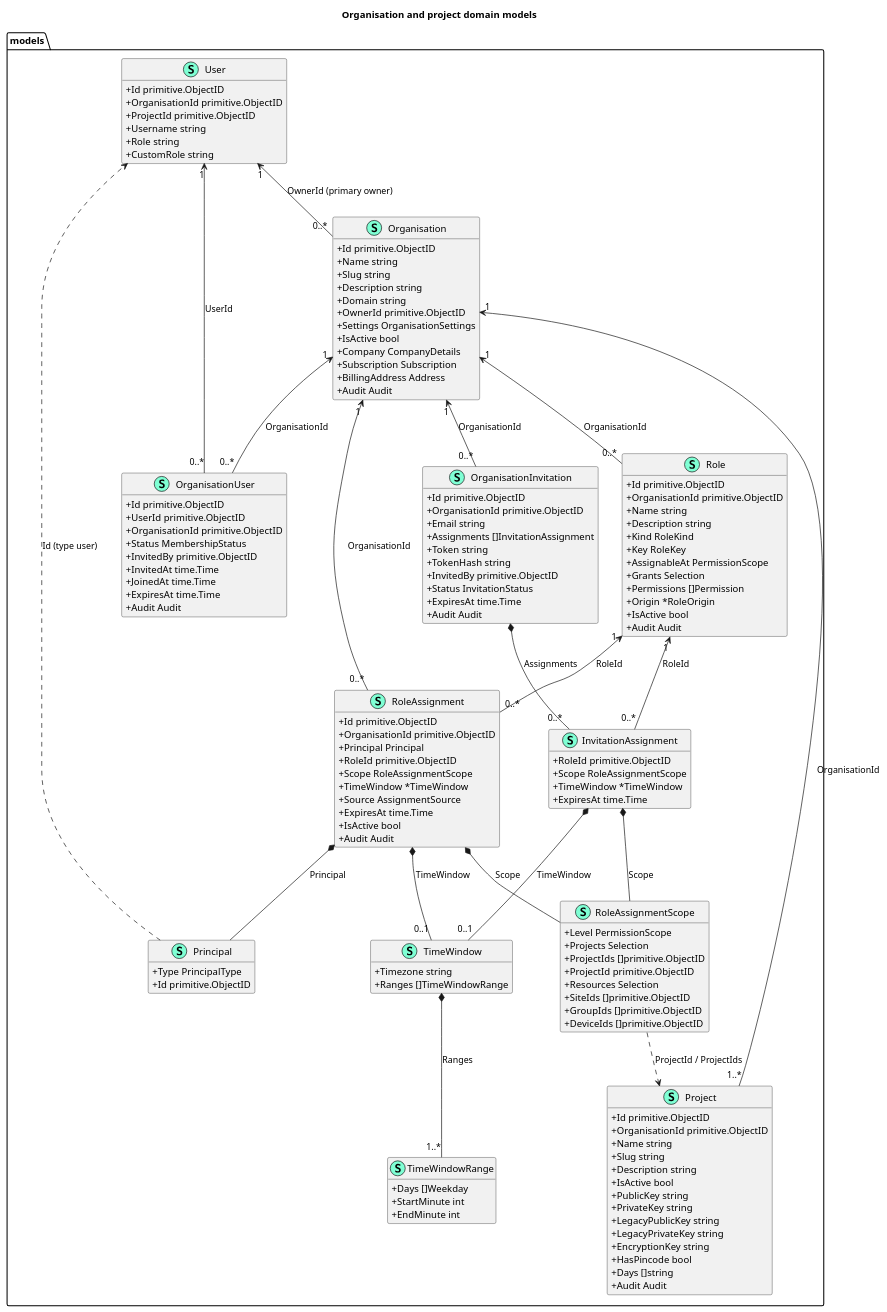
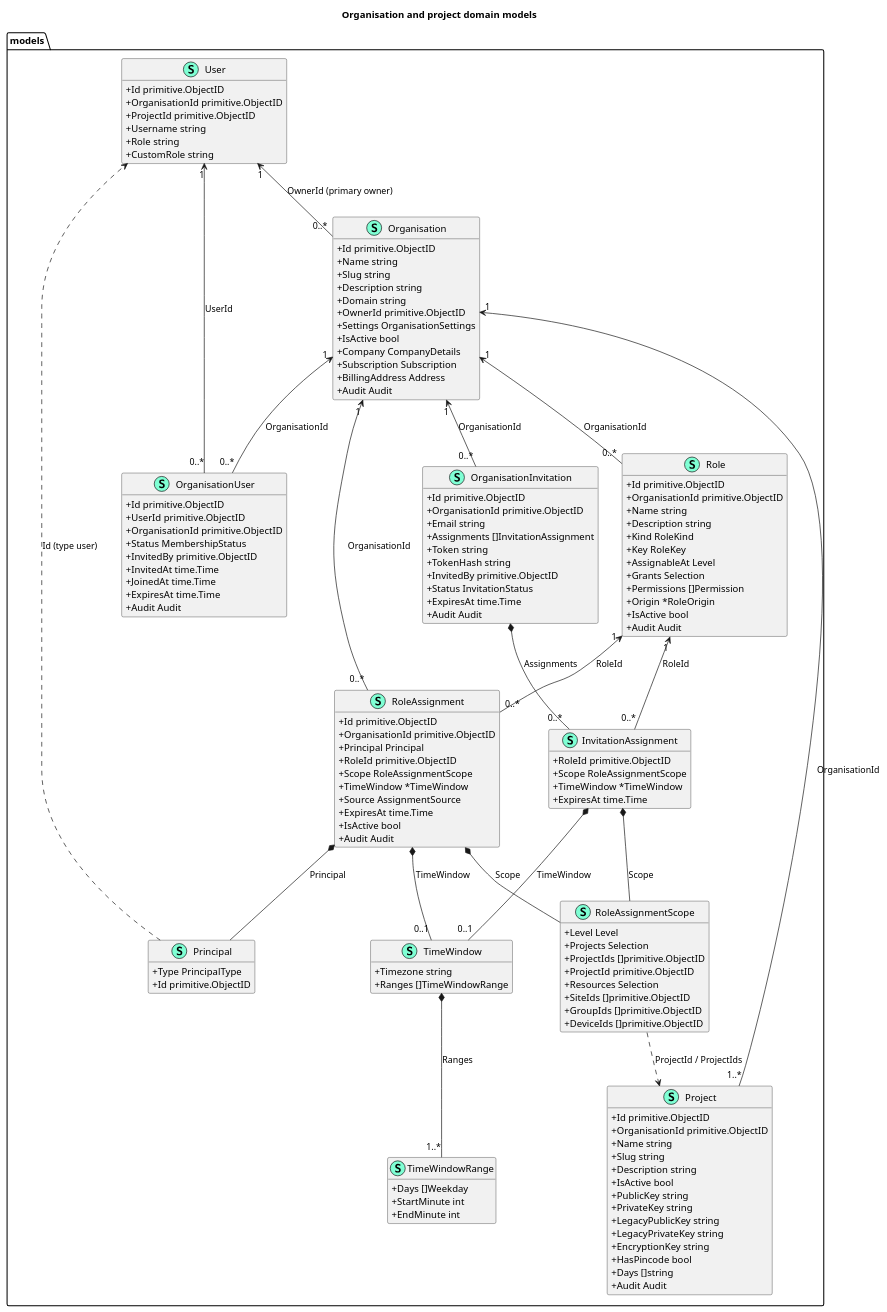
One commit to uug-ai/learn changed the diagram in app/content/docs/hub/organisations/organisation-project.puml. Above: the diagram before and after it, drawn with PlantUML. The commit also changed 1 other file, not shown here.

Commit message:
docs: rename PermissionScope to Level in the model diagram

```diff
--- a/app/content/docs/hub/organisations/organisation-project.puml
+++ b/app/content/docs/hub/organisations/organisation-project.puml
@@ -1,177 +1,177 @@
 @startuml
 title Organisation and project domain models
 top to bottom direction
 skinparam classAttributeIconSize 0
 skinparam shadowing false
 hide methods
 namespace models {
     class "User" << (S,Aquamarine) >> {
         + Id primitive.ObjectID
         + OrganisationId primitive.ObjectID
         + ProjectId primitive.ObjectID
         + Username string
         + Role string
         + CustomRole string
 
         + WithTimezone()
 
     }
     class "Organisation" << (S,Aquamarine) >> {
         + Id primitive.ObjectID
         + Name string
         + Slug string
         + Description string
         + Domain string
         + OwnerId primitive.ObjectID
         + Settings OrganisationSettings
         + IsActive bool
         + Company CompanyDetails
         + Subscription Subscription
         + BillingAddress Address
         + Audit Audit
 
         + IsPrimaryOwner(userId primitive.ObjectID) bool
 
     }
     class "Project" << (S,Aquamarine) >> {
         + Id primitive.ObjectID
         + OrganisationId primitive.ObjectID
         + Name string
         + Slug string
         + Description string
         + IsActive bool
         + PublicKey string
         + PrivateKey string
         + LegacyPublicKey string
         + LegacyPrivateKey string
         + EncryptionKey string
         + HasPincode bool
         + Days []string
         + Audit Audit
 
     }
     class "OrganisationUser" << (S,Aquamarine) >> {
         + Id primitive.ObjectID
         + UserId primitive.ObjectID
         + OrganisationId primitive.ObjectID
         + Status MembershipStatus
         + InvitedBy primitive.ObjectID
         + InvitedAt time.Time
         + JoinedAt time.Time
         + ExpiresAt time.Time
         + Audit Audit
 
         + IsExpired() bool
         + IsEffectivelyActive() bool
 
     }
     class "Role" << (S,Aquamarine) >> {
         + Id primitive.ObjectID
         + OrganisationId primitive.ObjectID
         + Name string
         + Description string
         + Kind RoleKind
         + Key RoleKey
-        + AssignableAt PermissionScope
+        + AssignableAt Level
         + Grants Selection
         + Permissions []Permission
         + Origin *RoleOrigin
         + IsActive bool
         + Audit Audit
 
         + ValidatePermissions() error
         + Validate() error
         + RequiresAllProjects() bool
 
     }
     class "RoleAssignment" << (S,Aquamarine) >> {
         + Id primitive.ObjectID
         + OrganisationId primitive.ObjectID
         + Principal Principal
         + RoleId primitive.ObjectID
         + Scope RoleAssignmentScope
         + TimeWindow *TimeWindow
         + Source AssignmentSource
         + ExpiresAt time.Time
         + IsActive bool
         + Audit Audit
 
         + IsExpired() bool
         + IsEffectivelyActive() bool
         + Validate(role Role) error
 
     }
     class "Principal" << (S,Aquamarine) >> {
         + Type PrincipalType
         + Id primitive.ObjectID
 
     }
     class "RoleAssignmentScope" << (S,Aquamarine) >> {
-        + Level PermissionScope
+        + Level Level
         + Projects Selection
         + ProjectIds []primitive.ObjectID
         + ProjectId primitive.ObjectID
         + Resources Selection
         + SiteIds []primitive.ObjectID
         + GroupIds []primitive.ObjectID
         + DeviceIds []primitive.ObjectID
 
         + Validate() error
         + ValidateFor(role Role) error
 
     }
     class "TimeWindow" << (S,Aquamarine) >> {
         + Timezone string
         + Ranges []TimeWindowRange
 
         + Validate() error
         + Allows(at time.Time) (bool, error)
 
     }
     class "TimeWindowRange" << (S,Aquamarine) >> {
         + Days []Weekday
         + StartMinute int
         + EndMinute int
 
     }
     class "OrganisationInvitation" << (S,Aquamarine) >> {
         + Id primitive.ObjectID
         + OrganisationId primitive.ObjectID
         + Email string
         + Assignments []InvitationAssignment
         + Token string
         + TokenHash string
         + InvitedBy primitive.ObjectID
         + Status InvitationStatus
         + ExpiresAt time.Time
         + Audit Audit
 
     }
     class "InvitationAssignment" << (S,Aquamarine) >> {
         + RoleId primitive.ObjectID
         + Scope RoleAssignmentScope
         + TimeWindow *TimeWindow
         + ExpiresAt time.Time
 
     }
 }
 ' Relationships below are explicit domain references, not inferred by GoPlantUML.
 models.User "1" <-- "0..*" models.Organisation : OwnerId (primary owner)
 models.Organisation "1" <-- "1..*" models.Project : OrganisationId
 models.User "1" <-- "0..*" models.OrganisationUser : UserId
 models.Organisation "1" <-- "0..*" models.OrganisationUser : OrganisationId
 models.Organisation "1" <-- "0..*" models.Role : OrganisationId
 models.Organisation "1" <-- "0..*" models.RoleAssignment : OrganisationId
 models.Role "1" <-- "0..*" models.RoleAssignment : RoleId
 models.RoleAssignment *-- models.Principal : Principal
 models.Principal ..> models.User : Id (type user)
 models.RoleAssignment *-- models.RoleAssignmentScope : Scope
 models.RoleAssignment *-- "0..1" models.TimeWindow : TimeWindow
 models.TimeWindow *-- "1..*" models.TimeWindowRange : Ranges
 models.Organisation "1" <-- "0..*" models.OrganisationInvitation : OrganisationId
 models.OrganisationInvitation *-- "0..*" models.InvitationAssignment : Assignments
 models.Role "1" <-- "0..*" models.InvitationAssignment : RoleId
 models.InvitationAssignment *-- models.RoleAssignmentScope : Scope
 models.InvitationAssignment *-- "0..1" models.TimeWindow : TimeWindow
 models.RoleAssignmentScope ..> models.Project : ProjectId / ProjectIds
 @enduml
```
